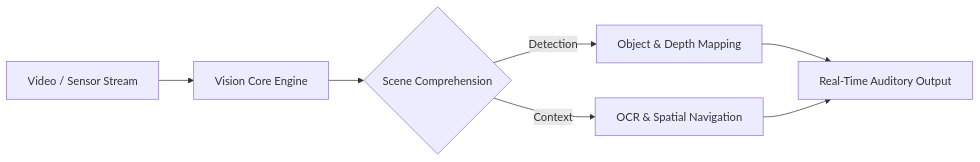
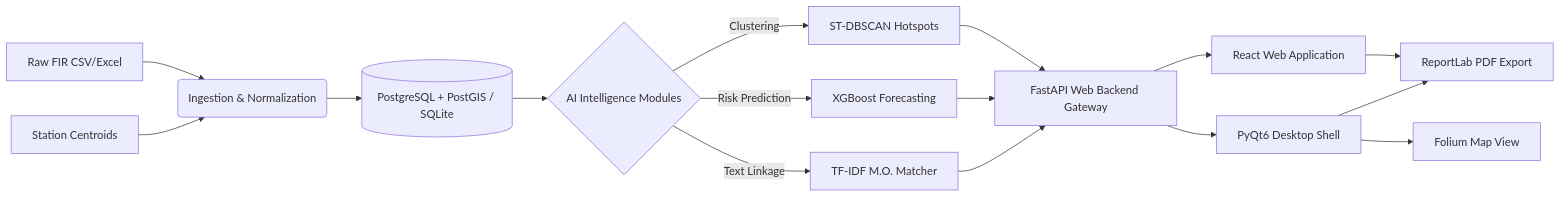
Before and after one commit to hs12214/hs12214: the second of 2 diagrams in README.md, drawn with Mermaid. The commit also changed other lines of this file, not shown here.

````diff
--- a/README.md
+++ b/README.md
@@ -112,9 +112,23 @@
 ```mermaid
-graph LR
-    A[Video / Sensor Stream] --> B[Vision Core Engine]
-    B --> C{Scene Comprehension}
-    C -->|Detection| D[Object & Depth Mapping]
-    C -->|Context| E[OCR & Spatial Navigation]
-    D --> F[Real-Time Auditory Output]
-    E --> F
+flowchart LR
+    A[Raw FIR CSV/Excel] --> B(Ingestion & Normalization)
+    A2[Station Centroids] --> B
+    
+    B --> C[(PostgreSQL + PostGIS / SQLite)]
+    
+    C --> D{AI Intelligence Modules}
+    D -->|Clustering| E[ST-DBSCAN Hotspots]
+    D -->|Risk Prediction| F[XGBoost Forecasting]
+    D -->|Text Linkage| G[TF-IDF M.O. Matcher]
+    
+    E --> H[FastAPI Web Backend Gateway]
+    F --> H
+    G --> H
+    
+    H --> L[React Web Application]
+    H --> I[PyQt6 Desktop Shell]
+    
+    L --> K[ReportLab PDF Export]
+    I --> J[Folium Map View]
+    I --> K
 ```
````
